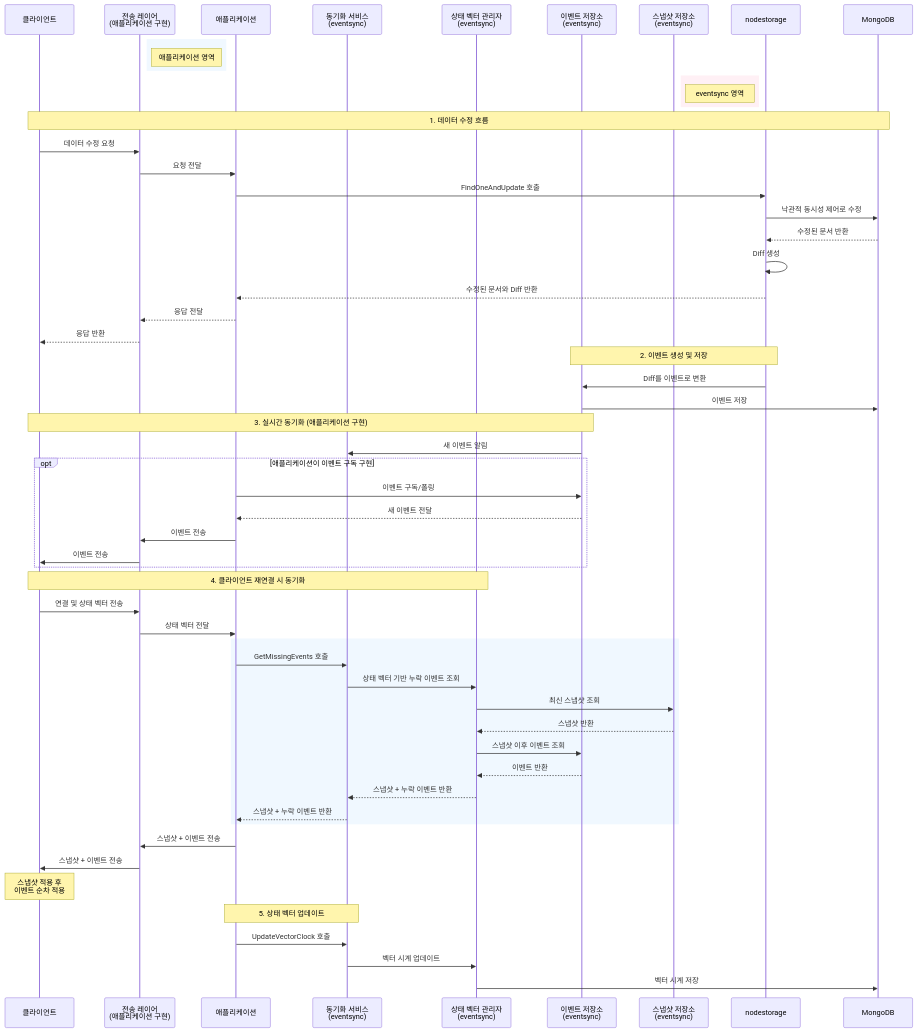
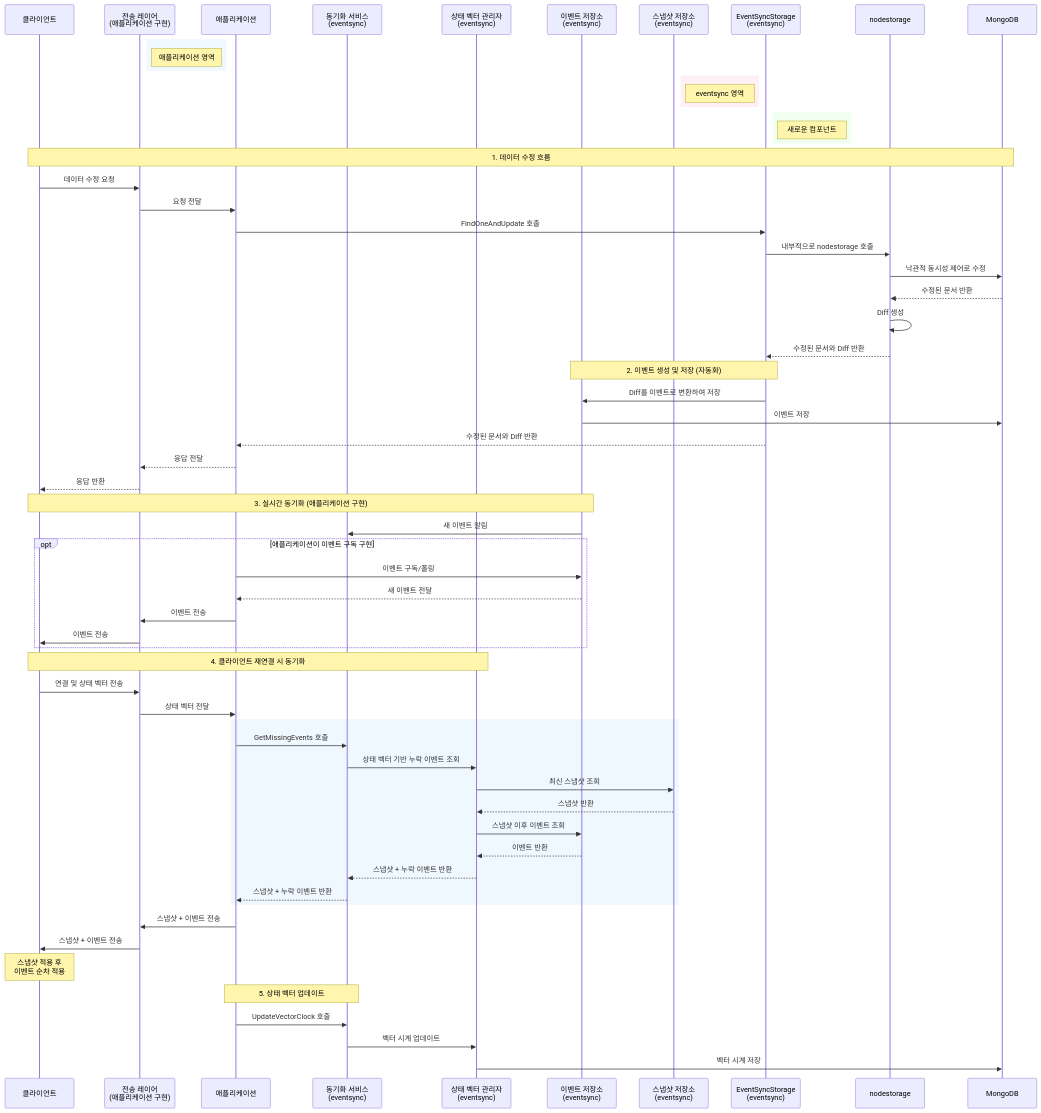
The second of 9 diagrams in eventsync/README.md (homveloper/boss-raid-game), drawn with Mermaid before and after one commit. The commit also changed other lines of this file and 4 other files, not shown here.

```diff
--- a/eventsync/README.md
+++ b/eventsync/README.md
@@ -139,6 +143,7 @@
     participant ES as 이벤트 저장소<br>(eventsync)
     participant SS as 스냅샷 저장소<br>(eventsync)
 
+    participant ESS as EventSyncStorage<br>(eventsync)
     participant NS as nodestorage
     participant MongoDB as MongoDB
 
@@ -150,22 +155,29 @@
     Note right of SS: eventsync 영역
     end
 
+    rect rgb(240, 255, 240)
+    Note right of ESS: 새로운 컴포넌트
+    end
+
     Note over Client,MongoDB: 1. 데이터 수정 흐름
 
     Client->>TRANS: 데이터 수정 요청
     TRANS->>APP: 요청 전달
-    APP->>NS: FindOneAndUpdate 호출
+    APP->>ESS: FindOneAndUpdate 호출
+    ESS->>NS: 내부적으로 nodestorage 호출
     NS->>MongoDB: 낙관적 동시성 제어로 수정
     MongoDB-->>NS: 수정된 문서 반환
     NS->>NS: Diff 생성
-    NS-->>APP: 수정된 문서와 Diff 반환
+    NS-->>ESS: 수정된 문서와 Diff 반환
+
+    Note over ESS,ES: 2. 이벤트 생성 및 저장 (자동화)
+
+    ESS->>ES: Diff를 이벤트로 변환하여 저장
+    ES->>MongoDB: 이벤트 저장
+
+    ESS-->>APP: 수정된 문서와 Diff 반환
     APP-->>TRANS: 응답 전달
     TRANS-->>Client: 응답 반환
-
-    Note over NS,ES: 2. 이벤트 생성 및 저장
-
-    NS->>ES: Diff를 이벤트로 변환
-    ES->>MongoDB: 이벤트 저장
 
     Note over ES,Client: 3. 실시간 동기화 (애플리케이션 구현)
 
```
